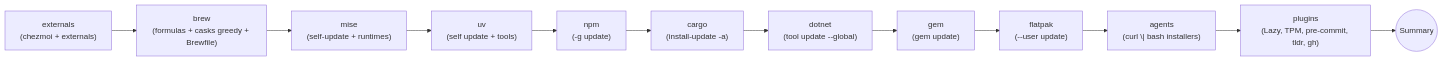
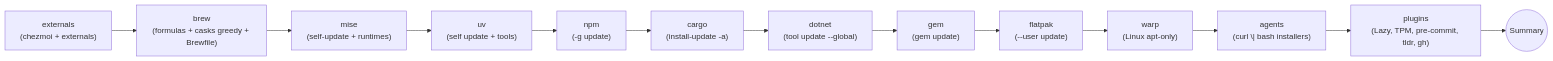
One commit to daviddwlee84/dotfiles changed the diagram in docs/this_repo/upgrades.md. Above: the diagram before and after it, drawn with Mermaid. The commit also changed other lines of this file and 3 other files, not shown here.

First line of the commit message:
upgrade_tools: add warp category for Linux apt-only Warp Terminal updates

````diff
--- a/docs/this_repo/upgrades.md
+++ b/docs/this_repo/upgrades.md
@@ -59,14 +60,15 @@
 ```mermaid
 flowchart LR
     externals["externals<br/>(chezmoi + externals)"] --> brew
     brew["brew<br/>(formulas + casks greedy + Brewfile)"] --> mise
     mise["mise<br/>(self-update + runtimes)"] --> uv
     uv["uv<br/>(self update + tools)"] --> npm
     npm["npm<br/>(-g update)"] --> cargo
     cargo["cargo<br/>(install-update -a)"] --> dotnet
     dotnet["dotnet<br/>(tool update --global)"] --> gem
     gem["gem<br/>(gem update)"] --> flatpak
-    flatpak["flatpak<br/>(--user update)"] --> agents
+    flatpak["flatpak<br/>(--user update)"] --> warp
+    warp["warp<br/>(Linux apt-only)"] --> agents
     agents["agents<br/>(curl \| bash installers)"] --> plugins
     plugins["plugins<br/>(Lazy, TPM, pre-commit, tldr, gh)"] --> summary((Summary))
 ```
````
